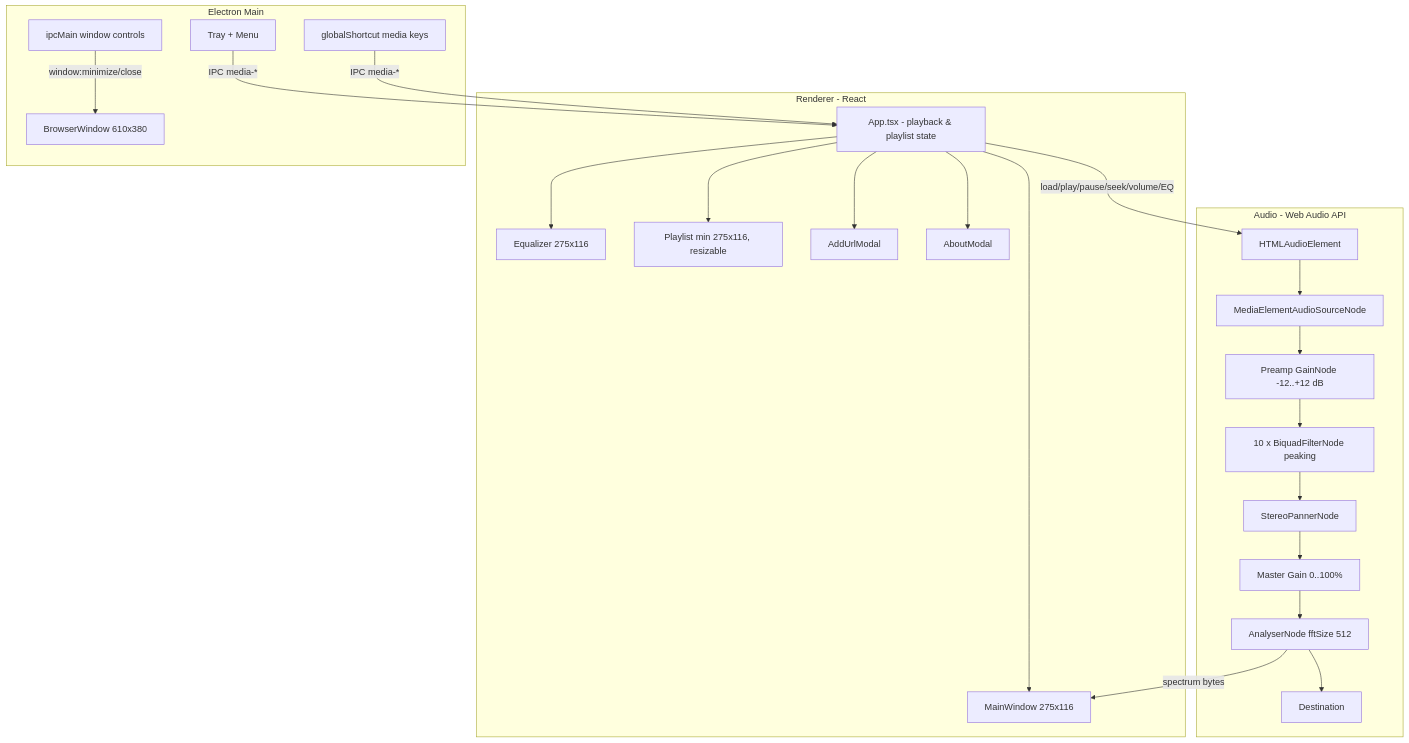
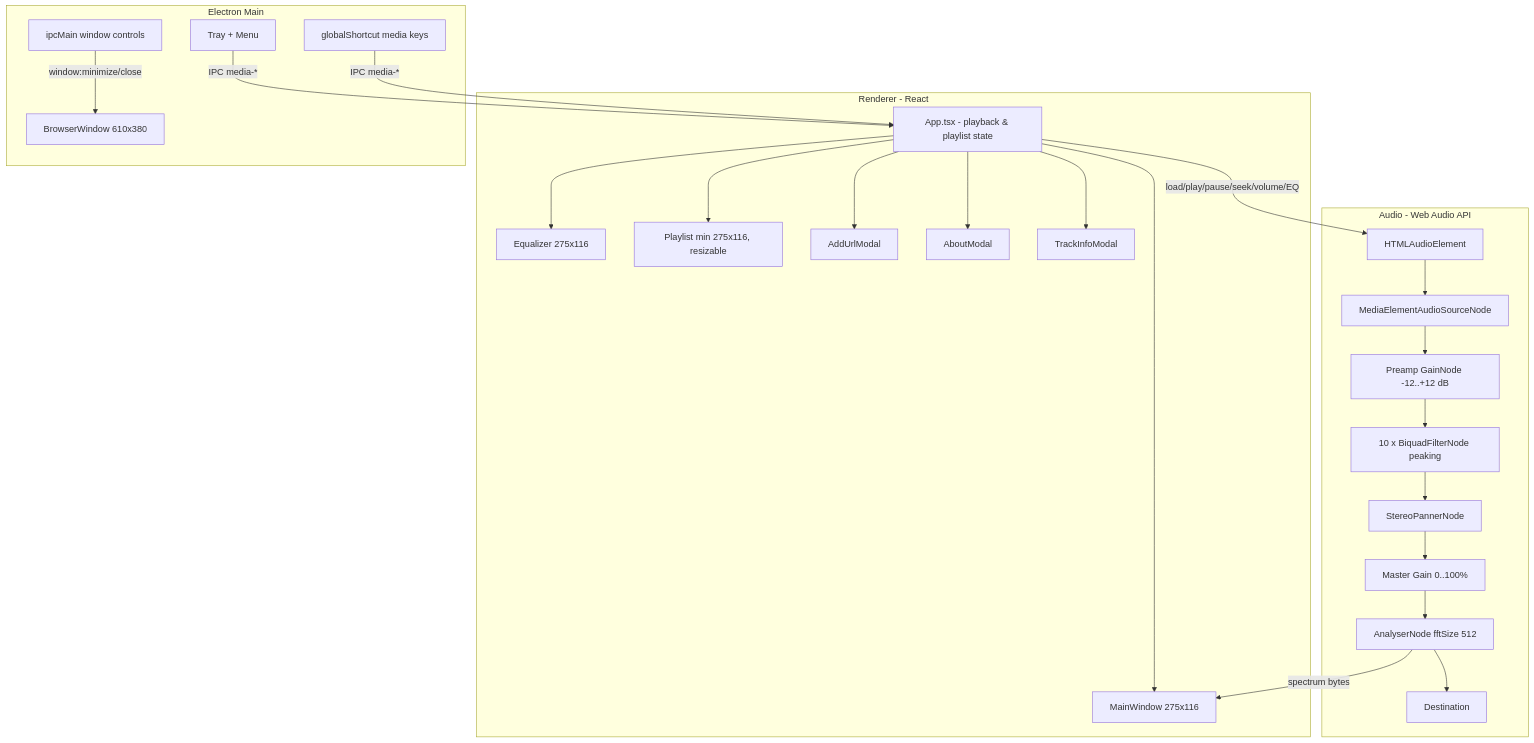
One commit to idriskatar/WinAMP-retro-player changed the diagram in docs/ARCHITECTURE.md. Above: the diagram before and after it, drawn with Mermaid. The commit also changed other lines of this file and 8 other files, not shown here.

````diff
--- a/docs/ARCHITECTURE.md
+++ b/docs/ARCHITECTURE.md
@@ -9,41 +9,43 @@
 ```mermaid
 graph TD
     subgraph Renderer - React
         App[App.tsx - playback & playlist state]
         MW[MainWindow 275x116]
         EQ[Equalizer 275x116]
         PL[Playlist min 275x116, resizable]
         URL[AddUrlModal]
         About[AboutModal]
+        Info[TrackInfoModal]
     end
 
     subgraph Audio - Web Audio API
         El[HTMLAudioElement]
         Src[MediaElementAudioSourceNode]
         Pre[Preamp GainNode -12..+12 dB]
         Bands[10 x BiquadFilterNode peaking]
         Pan[StereoPannerNode]
         Master[Master Gain 0..100%]
         An[AnalyserNode fftSize 512]
         Out[Destination]
     end
 
     subgraph Electron Main
         Win[BrowserWindow 610x380]
         Tray[Tray + Menu]
         Keys[globalShortcut media keys]
         IPC[ipcMain window controls]
     end
 
     App --> MW
     App --> EQ
     App --> PL
     App --> URL
     App --> About
+    App --> Info
     App -- load/play/pause/seek/volume/EQ --> El
     El --> Src --> Pre --> Bands --> Pan --> Master --> An --> Out
     An -- spectrum bytes --> MW
     Tray -- IPC media-* --> App
     Keys -- IPC media-* --> App
     IPC -- window:minimize/close --> Win
 ```
````
